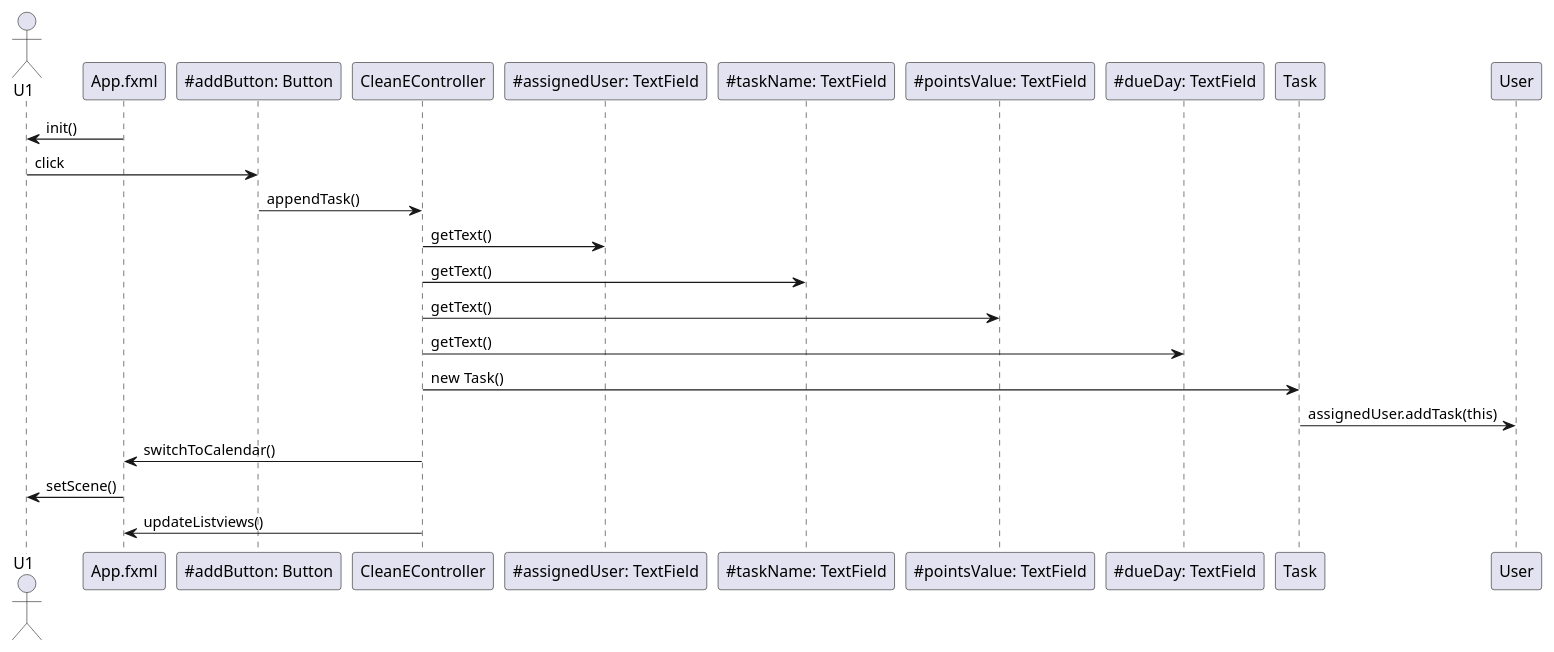
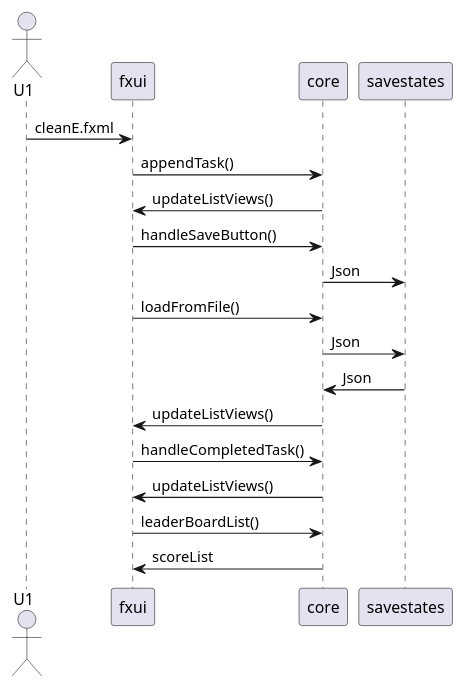
The diagram in gr2244/src/main/java/resources/cleane/diagram.puml (bcfogale/IT1901-Project), drawn with PlantUML before and after one commit. The commit also changed 1 other file, not shown here.

Commit message:
#28: Oppdatert diagram, slik at tre-lags arkitekturen vises

```diff
--- a/gr2244/src/main/java/resources/cleane/diagram.puml
+++ b/gr2244/src/main/java/resources/cleane/diagram.puml
@@ -1,18 +1,19 @@
 @startuml diagram
 
 actor U1
 
-App.fxml -> U1: init()
-U1 -> "~#addButton: Button" as addButton: click
-addButton -> CleanEController: appendTask()
-CleanEController -> "~#assignedUser: TextField" as assignedUser: getText()
-CleanEController -> "~#taskName: TextField" as taskName: getText()
-CleanEController -> "~#pointsValue: TextField" as pointsValue: getText()
-CleanEController -> "~#dueDay: TextField" as dueDay: getText()
-CleanEController -> Task: new Task()
-Task -> User: assignedUser.addTask(this) 
-CleanEController -> App.fxml: switchToCalendar()
-App.fxml -> U1: setScene()
-CleanEController -> App.fxml : updateListviews()
+U1 -> fxui: cleanE.fxml
+fxui -> core: appendTask()
+core -> fxui: updateListViews()
+fxui -> core: handleSaveButton()
+core -> savestates: Json
+fxui -> core: loadFromFile()
+core -> savestates: Json
+savestates -> core: Json
+core -> fxui: updateListViews()
+fxui-> core: handleCompletedTask()
+core -> fxui: updateListViews()
+fxui -> core: leaderBoardList()
+core -> fxui: scoreList
 
 @enduml
```
